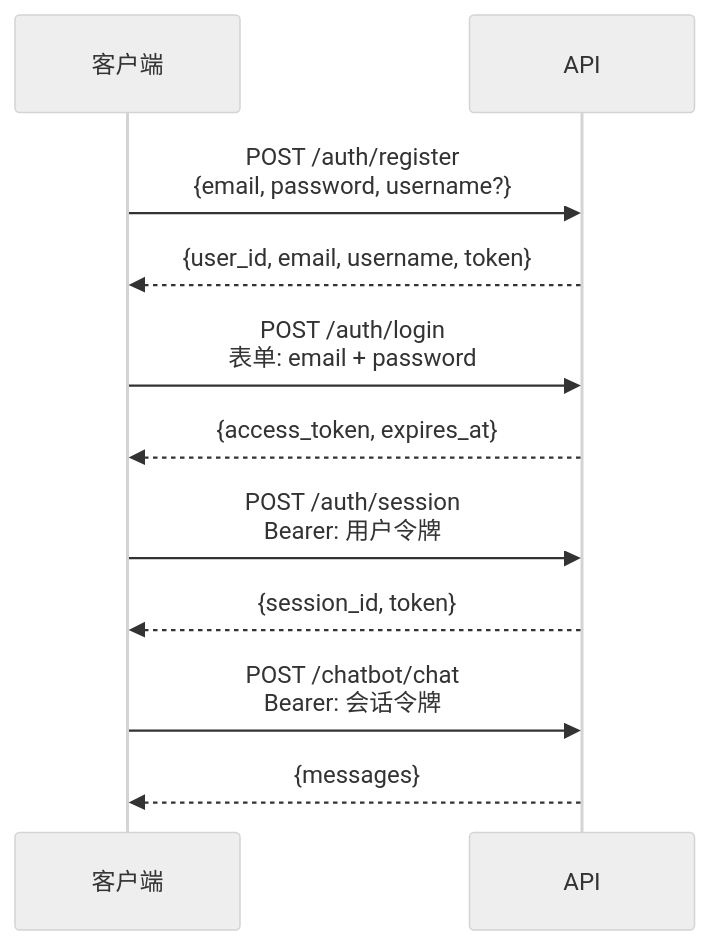
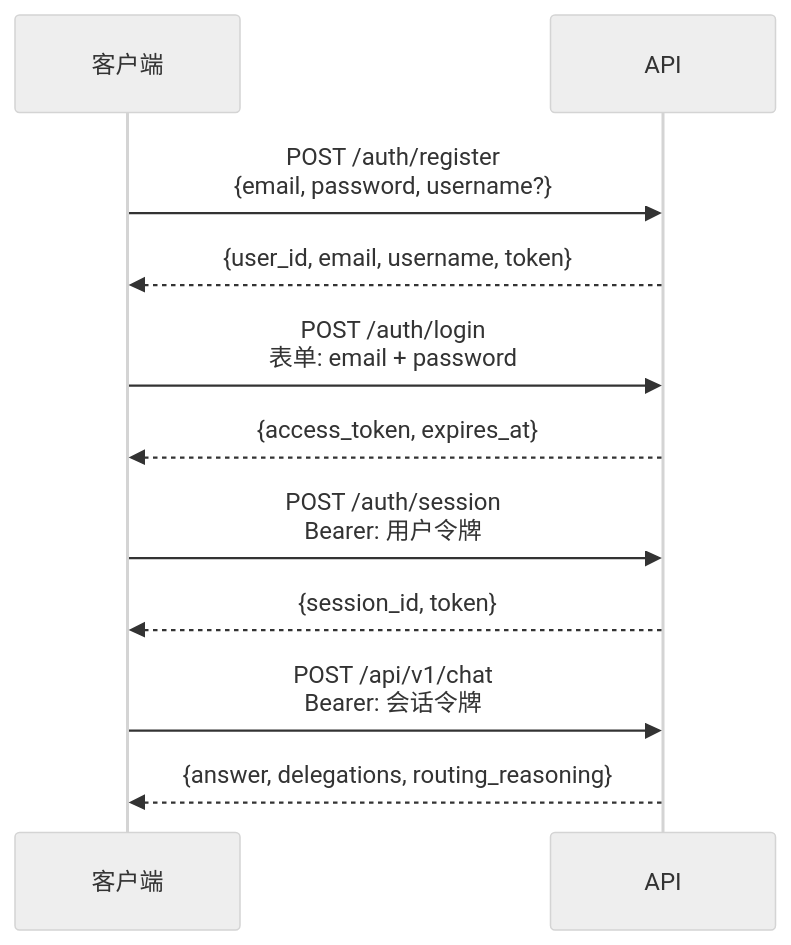
The diagram in docs/authentication.md (zhengyan417/YiTian_LearningCosmos), drawn with Mermaid (neutral theme) before and after one commit. The commit also changed 131 other files, not shown here.

````diff
--- a/docs/authentication.md
+++ b/docs/authentication.md
@@ -5,17 +5,17 @@
 ```mermaid
 sequenceDiagram
     participant C as 客户端
     participant A as API
 
     C->>A: POST /auth/register<br/>{email, password, username?}
     A-->>C: {user_id, email, username, token}
 
     C->>A: POST /auth/login<br/>表单: email + password
     A-->>C: {access_token, expires_at}
 
     C->>A: POST /auth/session<br/>Bearer: 用户令牌
     A-->>C: {session_id, token}
 
-    C->>A: POST /chatbot/chat<br/>Bearer: 会话令牌
-    A-->>C: {messages}
+    C->>A: POST /api/v1/chat<br/>Bearer: 会话令牌
+    A-->>C: {answer, delegations, routing_reasoning}
 ```
````
